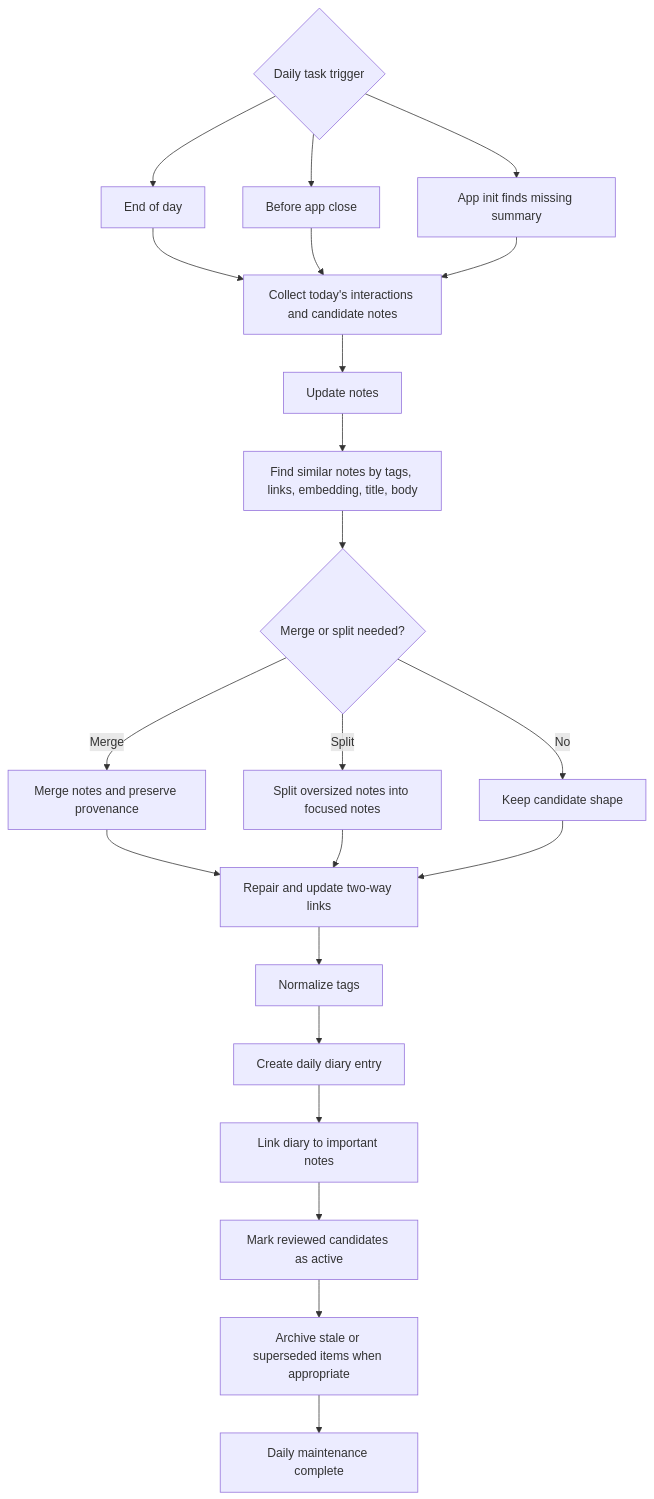
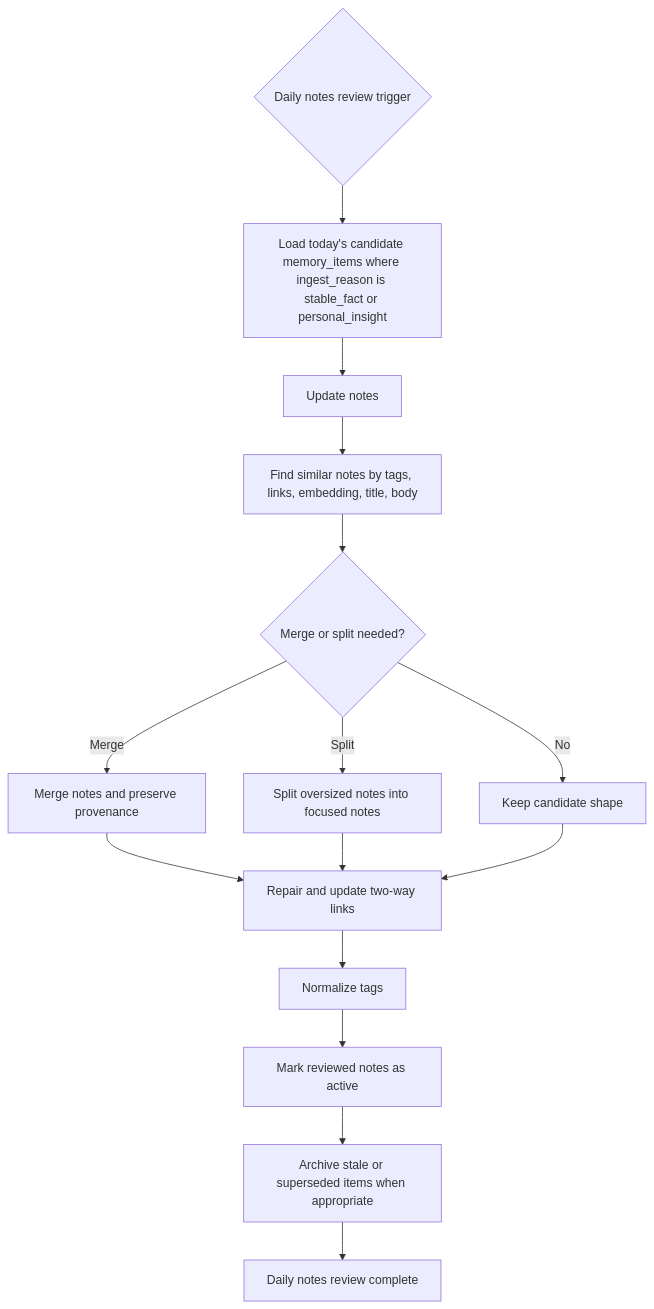
The fourth of 9 diagrams in docs/lifecycle.md (Oceankj/second_brain), drawn with Mermaid before and after one commit. The commit also changed other lines of this file and 19 other files, not shown here.

Commit message:
Add deterministic ingest reason routing for memory candidates

````diff
--- a/docs/lifecycle.md
+++ b/docs/lifecycle.md
@@ -93,29 +84,21 @@
 ```mermaid
 flowchart TD
-  trigger{"Daily task trigger"}
-  trigger --> endOfDay["End of day"]
-  trigger --> appClose["Before app close"]
-  trigger --> appInit["App init finds missing summary"]
-
-  endOfDay --> collect["Collect today's interactions and candidate notes"]
-  appClose --> collect
-  appInit --> collect
+  trigger{"Daily notes review trigger"}
+  trigger --> collect["Load today's candidate memory_items where ingest_reason is stable_fact or personal_insight"]
 
   collect --> updateNotes["Update notes"]
   updateNotes --> findSimilar["Find similar notes by tags, links, embedding, title, body"]
   findSimilar --> mergeOrSplit{"Merge or split needed?"}
   mergeOrSplit -- "Merge" --> merge["Merge notes and preserve provenance"]
   mergeOrSplit -- "Split" --> split["Split oversized notes into focused notes"]
   mergeOrSplit -- "No" --> keep["Keep candidate shape"]
 
   merge --> repairLinks["Repair and update two-way links"]
   split --> repairLinks
   keep --> repairLinks
 
   repairLinks --> normalize["Normalize tags"]
-  normalize --> diary["Create daily diary entry"]
-  diary --> diaryLinks["Link diary to important notes"]
-  diaryLinks --> activate["Mark reviewed candidates as active"]
+  normalize --> activate["Mark reviewed notes as active"]
   activate --> archive["Archive stale or superseded items when appropriate"]
-  archive --> done["Daily maintenance complete"]
+  archive --> done["Daily notes review complete"]
 ```
````
